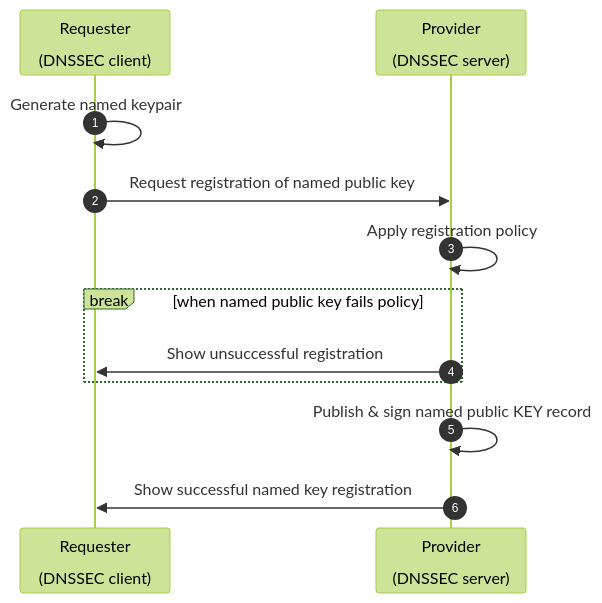
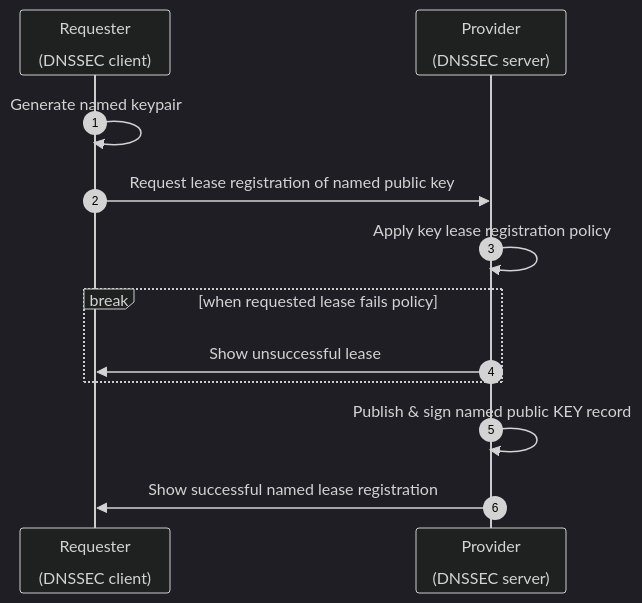
The diagram in hugo-gh/content/posts/my-first-post.md (NetworkCommons/sig0lease), drawn with Mermaid before and after one commit. The commit also changed other lines of this file and 1 other file, not shown here.

Commit message:
adds content edit, improves mermaid diag and mastodon icon

````diff
--- a/hugo-gh/content/posts/my-first-post.md
+++ b/hugo-gh/content/posts/my-first-post.md
@@ -35,17 +35,17 @@
 ```mermaid
 sequenceDiagram
 autonumber
   participant R as Requester<br><br>(DNSSEC client)
   participant P as Provider<br><br>(DNSSEC server)
 
   R->>R: Generate named keypair
-  R->>P: Request registration of named public key
-  P->>P: Apply registration policy
-  break when named public key fails policy
-    P->>R: Show unsuccessful registration
+  R->>P: Request lease registration of named public key
+  P->>P: Apply key lease registration policy
+  break when requested lease fails policy
+    P->>R: Show unsuccessful lease
   end
   P->>+P: Publish & sign named public KEY record
-  P->>R: Show successful named key registration
-%%{init:{'theme':'forest'}}%%
-%%{init:{'themeCSS':'.messageLine0 { stroke: #ff0; }; .messageText { fill: green; }; .noteText { fill: green; }; g rect.actor { stroke:#00f;fill: #ff8; }; g .note { stroke:#00f;fill: #ff0; };#arrowhead path {stroke: blue; fill:#f00;};'}}%%
+  P->>R: Show successful named lease registration
+%%{init:{'theme':'dark'}}%%
+%%{init:{'themeCSS':'.messageLine0 { stroke: #ff8; }; .messageText { fill: green; }; .noteText { fill: green; }; g rect.actor { stroke:#00f;fill: #ff8; }; g .note { stroke:#00f;fill: #ff0; };#arrowhead path {stroke: blue; fill:#f00;};'}}%%
 ```
````
